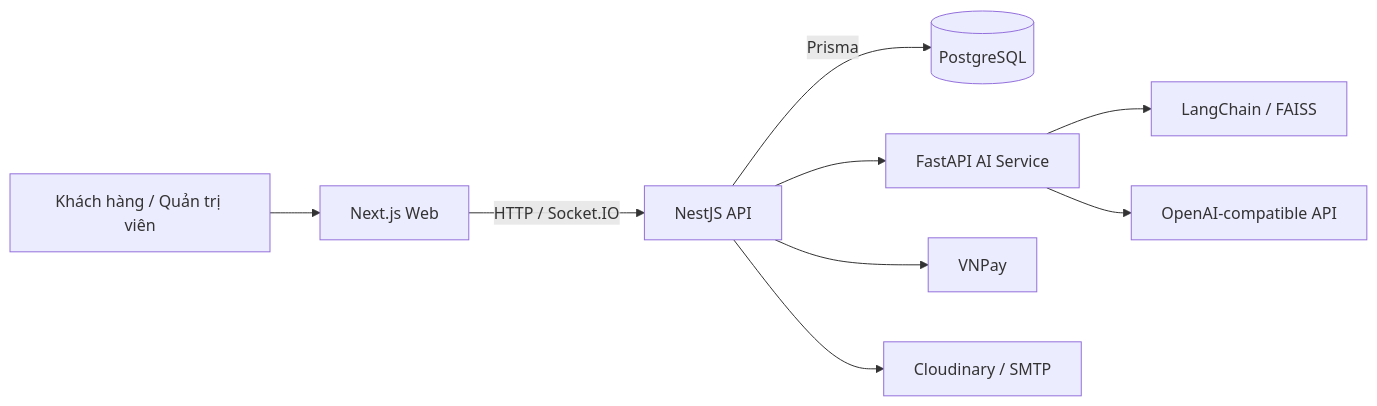
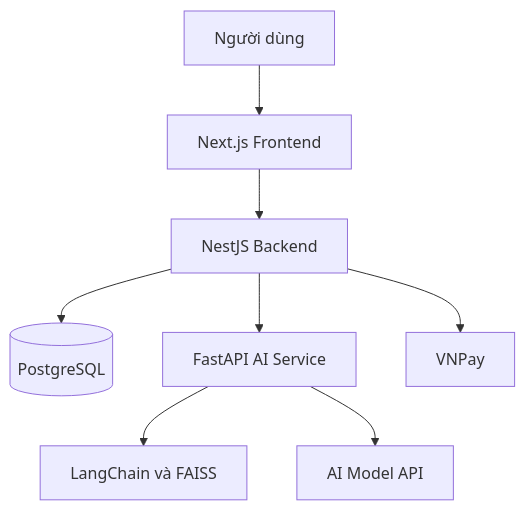
Before and after one commit to Nguyen-Nhut-Thanh/travel_JourniTrip: the diagram in README.md, drawn with Mermaid. The commit also changed other lines of this file and 83 other files, not shown here.

````diff
--- a/README.md
+++ b/README.md
@@ -50,11 +30,10 @@
 ```mermaid
-flowchart LR
-    U[Khách hàng / Quản trị viên] --> W[Next.js Web]
-    W -->|HTTP / Socket.IO| A[NestJS API]
-    A -->|Prisma| D[(PostgreSQL)]
-    A --> F[FastAPI AI Service]
-    F --> L[LangChain / FAISS]
-    F --> M[OpenAI-compatible API]
-    A --> V[VNPay]
-    A --> C[Cloudinary / SMTP]
+graph TD
+    U[Người dùng] --> W[Next.js Frontend]
+    W --> B[NestJS Backend]
+    B --> D[(PostgreSQL)]
+    B --> A[FastAPI AI Service]
+    A --> R[LangChain và FAISS]
+    A --> M[AI Model API]
+    B --> P[VNPay]
 ```
````
